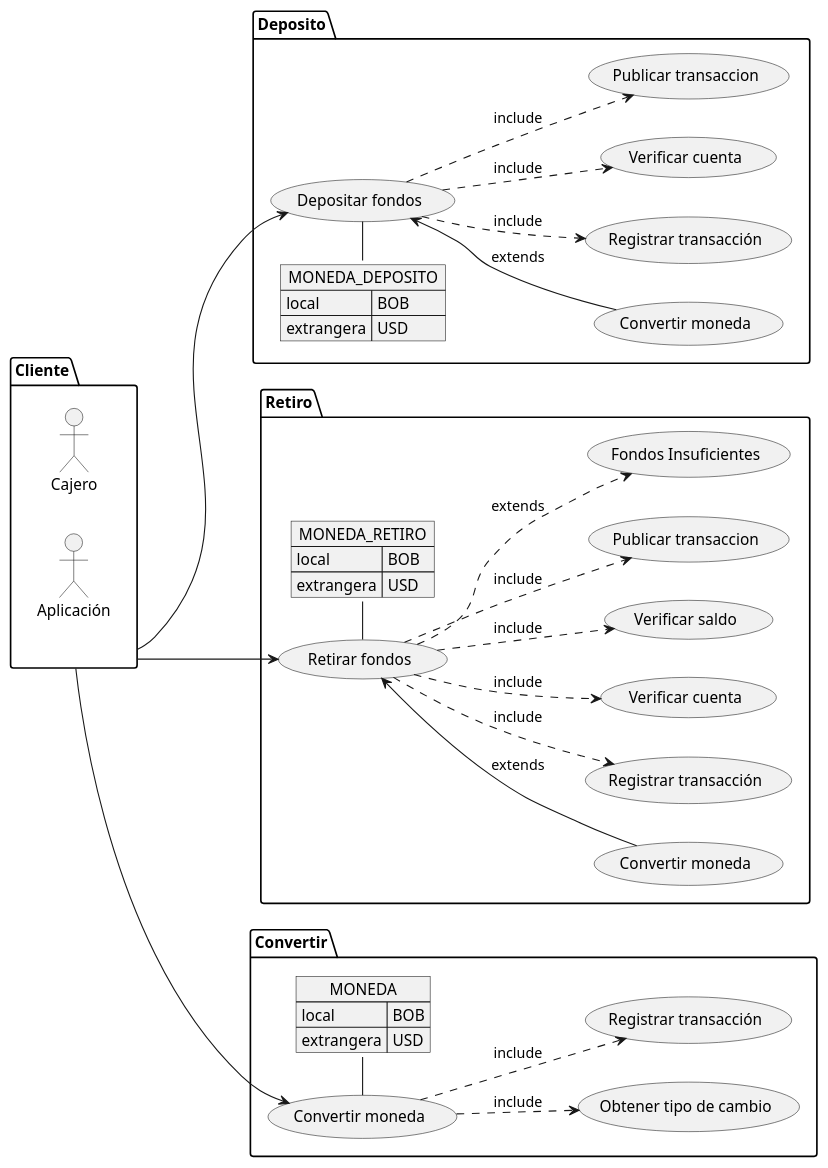
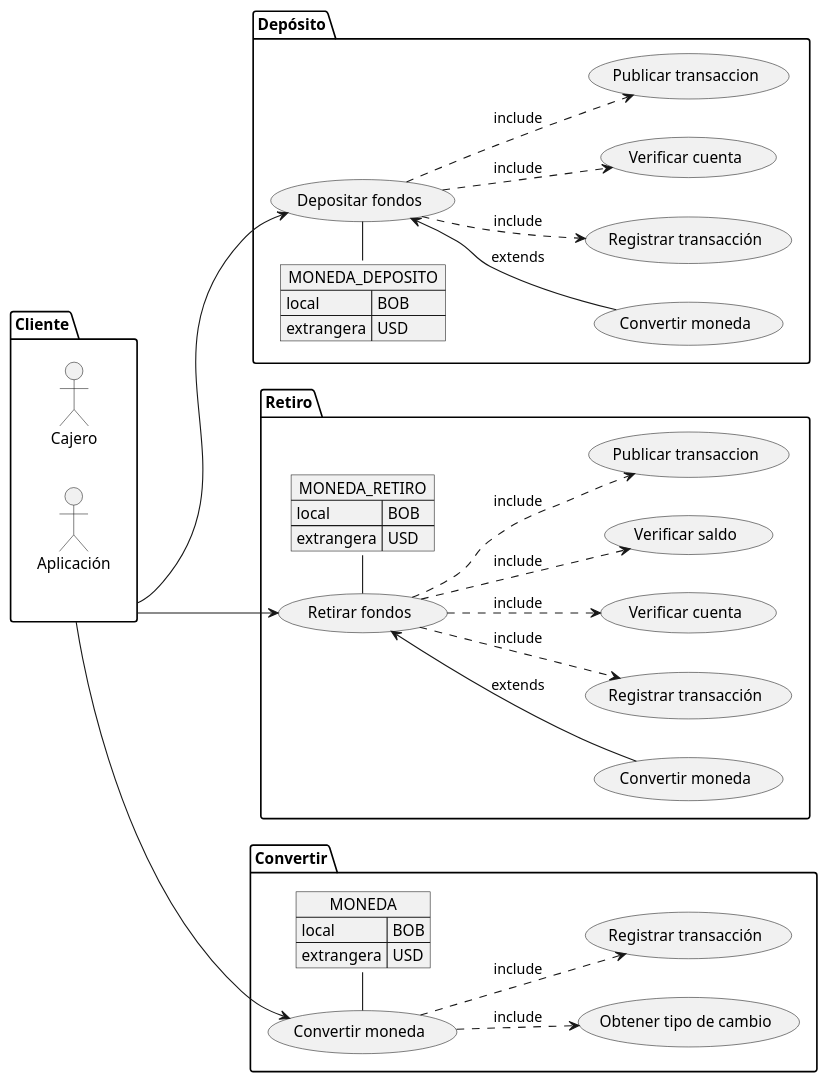
The diagram in transacciones/src/main/resources/docs/plantUML/caso.puml (LizetheOV/cajero-automatico-multimoneda), drawn with PlantUML before and after one commit. The commit also changed 19 other files, not shown here.

```diff
--- a/transacciones/src/main/resources/docs/plantUML/caso.puml
+++ b/transacciones/src/main/resources/docs/plantUML/caso.puml
@@ -1,67 +1,65 @@
 @startuml
 left to right direction
 
 package Cliente {
    actor "Cajero" as cajero
    actor "Aplicación" as app
 }
 
-package Deposito {
+package Depósito {
   usecase "Depositar fondos" as depositar
   usecase "Convertir moneda" as convertirDeposito
   usecase "Registrar transacción" as registrarDeposito
   usecase "Verificar cuenta" as verificarCuentaDeposito
   usecase "Publicar transaccion" as publicarDeposito
   json MONEDA_DEPOSITO {
      "local": "BOB",
      "extrangera": "USD"
   }
 }
 
 package Retiro {
   usecase "Retirar fondos" as retirar
   usecase "Convertir moneda" as convertirRetiro
   usecase "Registrar transacción" as registrarRetiro
   usecase "Verificar cuenta" as verificarCuentaRetiro
   usecase "Verificar saldo" as verificarSaldoRetiro
   usecase "Publicar transaccion" as publicarRetiro
-  usecase "Fondos Insuficientes" as fundosInsuficientes
   json MONEDA_RETIRO {
      "local": "BOB",
      "extrangera": "USD"
   }
 }
 
 package Convertir {
   usecase "Obtener tipo de cambio" as tipoCambio
   usecase "Convertir moneda" as convertir
   usecase "Registrar transacción" as registrarTransaccion
   json MONEDA {
      "local": "BOB",
      "extrangera": "USD"
   }
 }
 
 :Cliente: -down--> depositar
 :depositar: -down.> verificarCuentaDeposito: include
 :depositar: -down.> registrarDeposito: include
 :depositar: -down.> publicarDeposito: include
 :convertirDeposito: -up-> depositar: extends
 depositar -left- MONEDA_DEPOSITO
 
 :Cliente: -down--> retirar
 :retirar: -down.> verificarCuentaRetiro: include
 :retirar: -down.> verificarSaldoRetiro: include
-:retirar: -down.> fundosInsuficientes: extends
 :retirar: -down.> registrarRetiro: include
 :retirar: -down.> publicarRetiro: include
 :convertirRetiro: -up-> retirar: extends
 retirar-right- MONEDA_RETIRO
 
 
 :Cliente: -down--> convertir
 :convertir: -down.> tipoCambio: include
 :convertir: -down.> registrarTransaccion: include
 
 convertir-right- MONEDA
 @enduml
```
